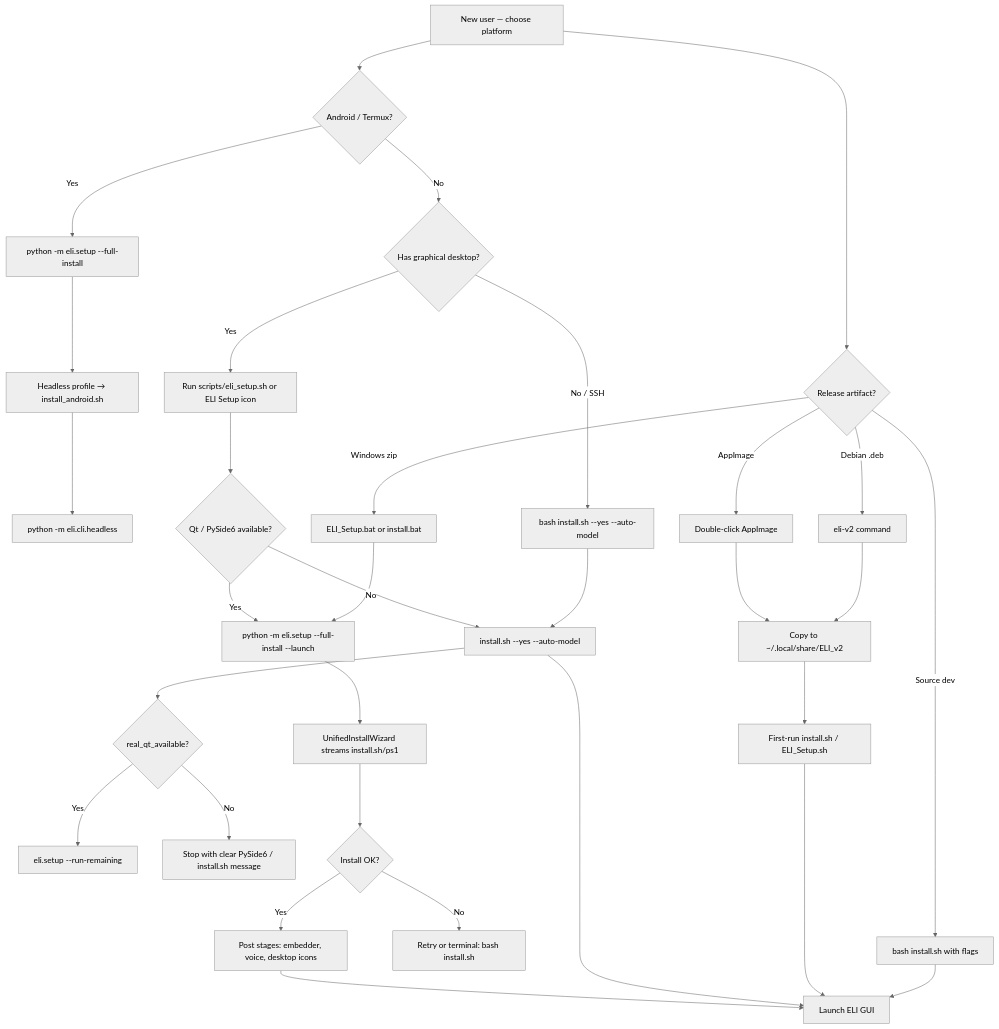
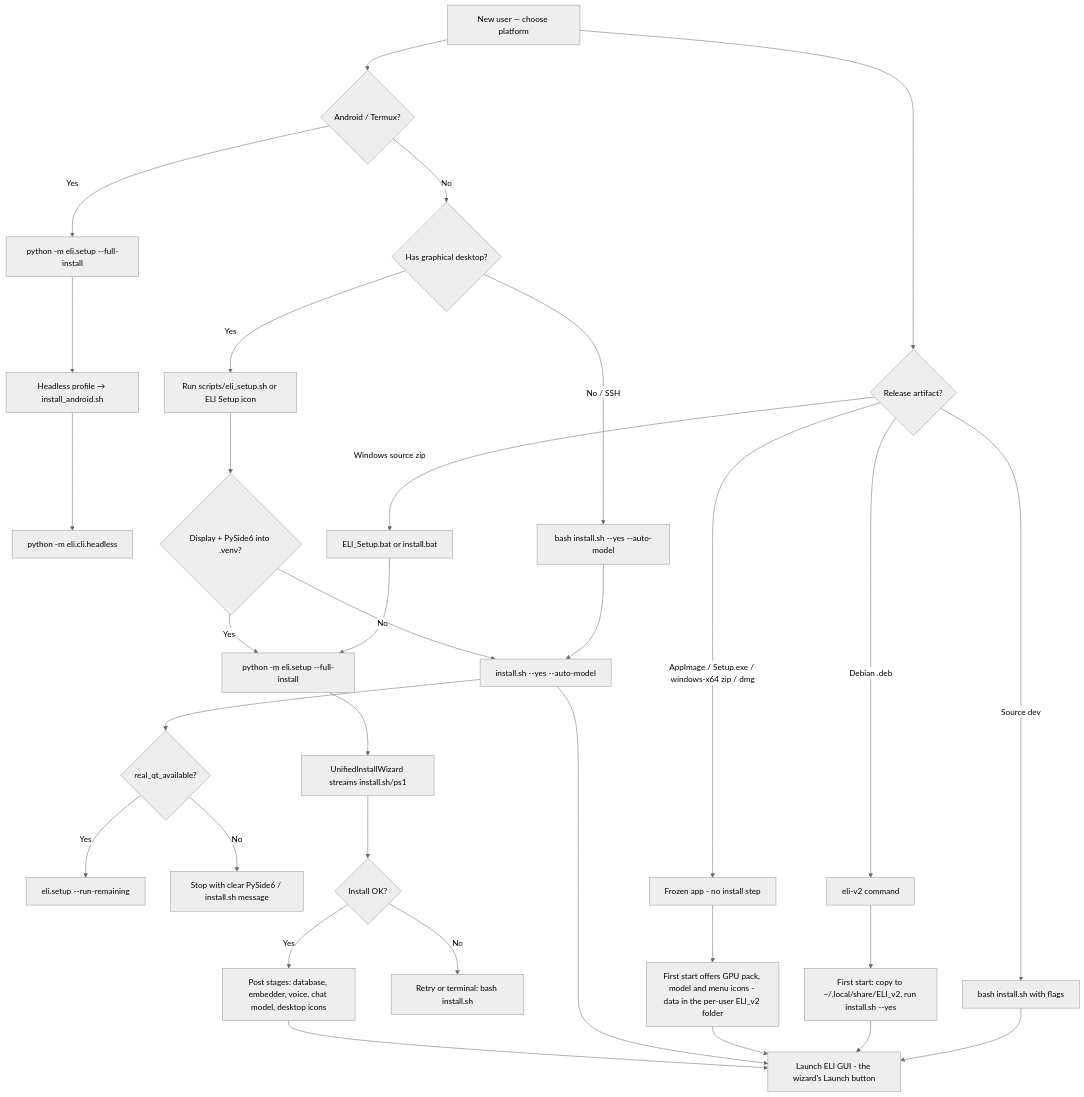
Before and after one commit to ShadowESC95/ELI_v2.0: the diagram in first time Installation/ELI_SCRIPT_REFERENCE.md, drawn with Mermaid (neutral theme). The commit also changed other lines of this file and 115 other files, not shown here.

````diff
--- a/first time Installation/ELI_SCRIPT_REFERENCE.md
+++ b/first time Installation/ELI_SCRIPT_REFERENCE.md
@@ -108,35 +108,35 @@
 ```mermaid
 flowchart TD
     A[New user — choose platform] --> A1{Android / Termux?}
     A1 -->|Yes| A2[python -m eli.setup --full-install]
     A2 --> A3[Headless profile → install_android.sh]
     A3 --> A4[python -m eli.cli.headless]
     A1 -->|No| B{Has graphical desktop?}
     B -->|Yes| C[Run scripts/eli_setup.sh or ELI Setup icon]
     B -->|No / SSH| D[bash install.sh --yes --auto-model]
-    C --> E{Qt / PySide6 available?}
-    E -->|Yes| F[python -m eli.setup --full-install --launch]
+    C --> E{Display + PySide6 into .venv?}
+    E -->|Yes| F[python -m eli.setup --full-install]
     E -->|No| G[install.sh --yes --auto-model]
     G --> G1{real_qt_available?}
     G1 -->|Yes| G2[eli.setup --run-remaining]
     G1 -->|No| G3[Stop with clear PySide6 / install.sh message]
     F --> H[UnifiedInstallWizard streams install.sh/ps1]
     H --> I{Install OK?}
-    I -->|Yes| J[Post stages: embedder, voice, desktop icons]
+    I -->|Yes| J[Post stages: database, embedder, voice, chat model, desktop icons]
     I -->|No| K[Retry or terminal: bash install.sh]
-    J --> L[Launch ELI GUI]
+    J --> L[Launch ELI GUI - the wizard's Launch button]
     D --> G
     G --> L
 
     A --> M{Release artifact?}
-    M -->|AppImage| N[Double-click AppImage]
-    N --> O[Copy to ~/.local/share/ELI_v2]
-    O --> P[First-run install.sh / ELI_Setup.sh]
-    P --> L
-    M -->|Windows zip| Q[ELI_Setup.bat or install.bat]
+    M -->|AppImage / Setup.exe / windows-x64 zip / dmg| N[Frozen app - no install step]
+    N --> O[First start offers GPU pack, model and menu icons - data in the per-user ELI_v2 folder]
+    O --> L
+    M -->|Windows source zip| Q[ELI_Setup.bat or install.bat]
     Q --> F
     M -->|Debian .deb| R[eli-v2 command]
-    R --> O
+    R --> P[First start: copy to ~/.local/share/ELI_v2, run install.sh --yes]
+    P --> L
     M -->|Source dev| S[bash install.sh with flags]
     S --> L
 ```
````
